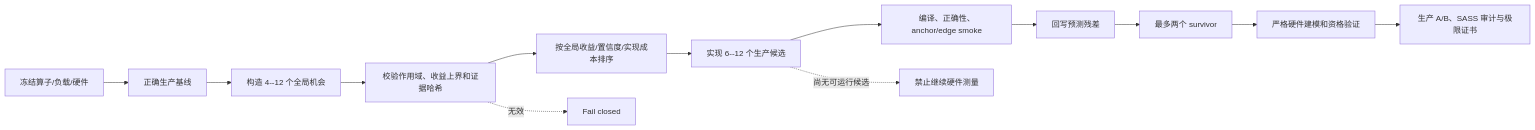
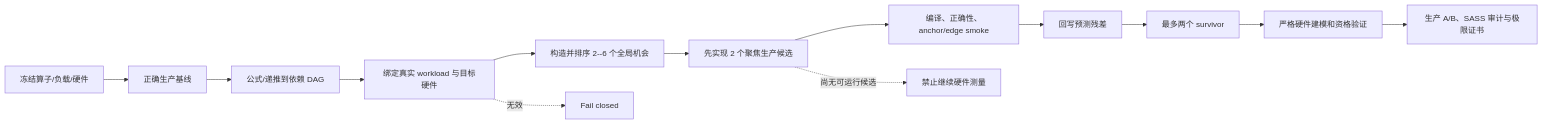
Before and after one commit to adenzhou1350/kernel_opt_agent: the diagram in skill/kernel-optimizer/references/opportunity_driven_search_design.md, drawn with Mermaid. The commit also changed other lines of this file and 9 other files, not shown here.

````diff
--- a/skill/kernel-optimizer/references/opportunity_driven_search_design.md
+++ b/skill/kernel-optimizer/references/opportunity_driven_search_design.md
@@ -44,16 +44,16 @@
 ```mermaid
 flowchart LR
     A[冻结算子/负载/硬件] --> B[正确生产基线]
-    B --> C[构造 4--12 个全局机会]
-    C --> D[校验作用域、收益上界和证据哈希]
-    D --> E[按全局收益/置信度/实现成本排序]
-    E --> F[实现 6--12 个生产候选]
+    B --> C[公式/递推到依赖 DAG]
+    C --> D[绑定真实 workload 与目标硬件]
+    D --> E[构造并排序 2--6 个全局机会]
+    E --> F[先实现 2 个聚焦生产候选]
     F --> G[编译、正确性、anchor/edge smoke]
     G --> H[回写预测残差]
     H --> I[最多两个 survivor]
     I --> J[严格硬件建模和资格验证]
     J --> K[生产 A/B、SASS 审计与极限证书]
 
     D -. 无效 .-> X[Fail closed]
     F -. 尚无可运行候选 .-> Y[禁止继续硬件测量]
 ```
````
